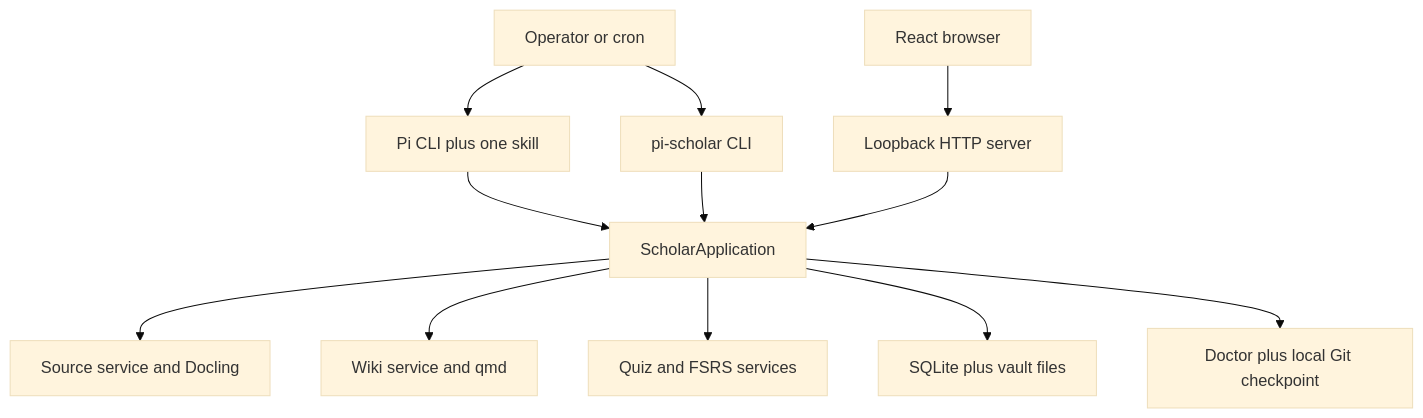
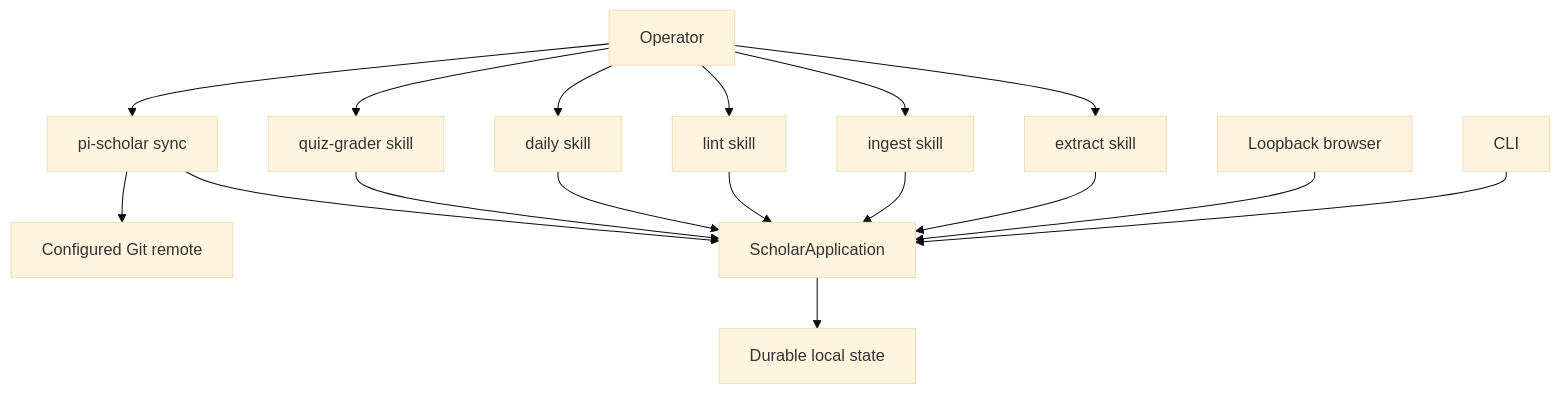
The diagram in pi-scholar-system-condensed.md (N-F9/pi-scholar), drawn with Mermaid (base theme) before and after one commit. The commit also changed other lines of this file and 26 other files, not shown here.

````diff
--- a/pi-scholar-system-condensed.md
+++ b/pi-scholar-system-condensed.md
@@ -22,14 +19,32 @@
 ```mermaid
 flowchart TD
-  Operator["Operator or cron"] --> Pi["Pi CLI plus one skill"]
-  Operator --> CLI["pi-scholar CLI"]
-  Browser["React browser"] --> HTTP["Loopback HTTP server"]
-  Pi --> App["ScholarApplication"]
-  CLI --> App
-  HTTP --> App
-  App --> Sources["Source service and Docling"]
-  App --> Wiki["Wiki service and qmd"]
-  App --> Quiz["Quiz and FSRS services"]
-  App --> State["SQLite plus vault files"]
-  App --> Safety["Doctor plus local Git checkpoint"]
+  operator["Operator"]
+  extract["extract skill"]
+  ingest["ingest skill"]
+  lint["lint skill"]
+  daily["daily skill"]
+  grader["quiz-grader skill"]
+  sync["pi-scholar sync"]
+  browser["Loopback browser"]
+  cli["CLI"]
+  app["ScholarApplication"]
+  state["Durable local state"]
+  remote["Configured Git remote"]
+
+  operator --> extract
+  operator --> ingest
+  operator --> lint
+  operator --> daily
+  operator --> grader
+  operator --> sync
+  extract --> app
+  ingest --> app
+  lint --> app
+  daily --> app
+  grader --> app
+  sync --> app
+  browser --> app
+  cli --> app
+  app --> state
+  sync --> remote
 ```
````
